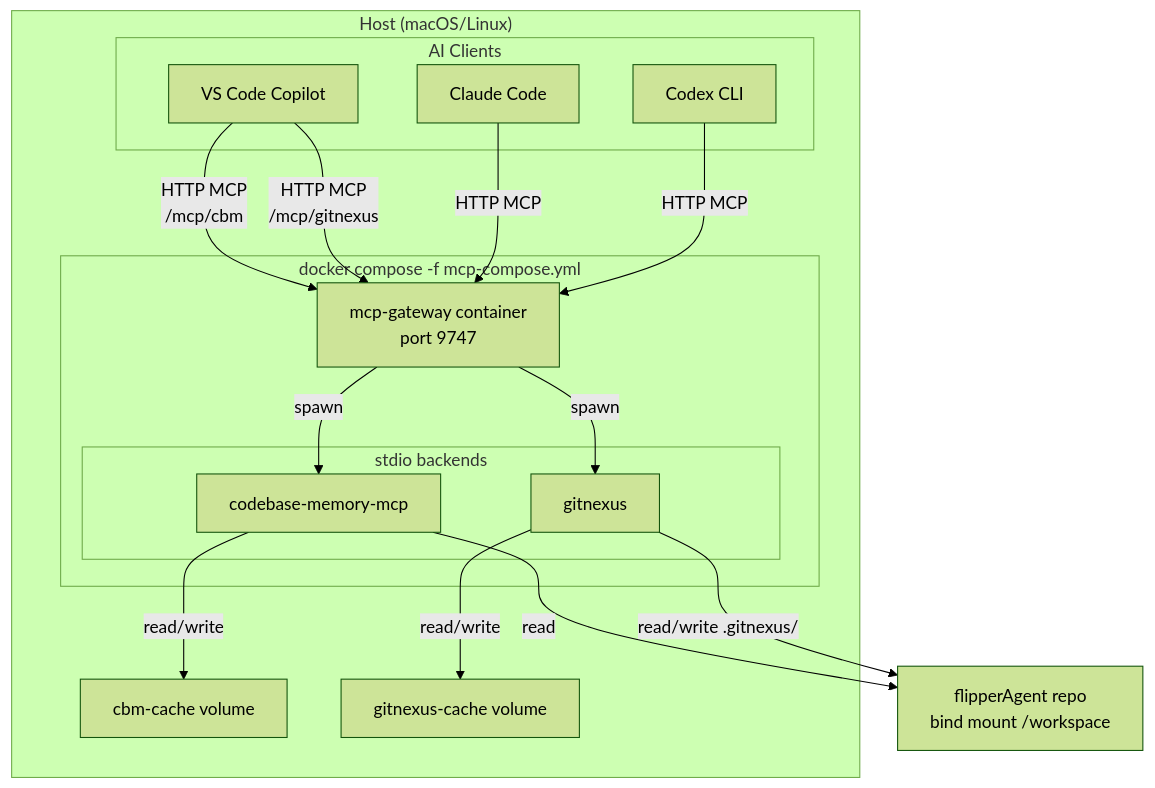
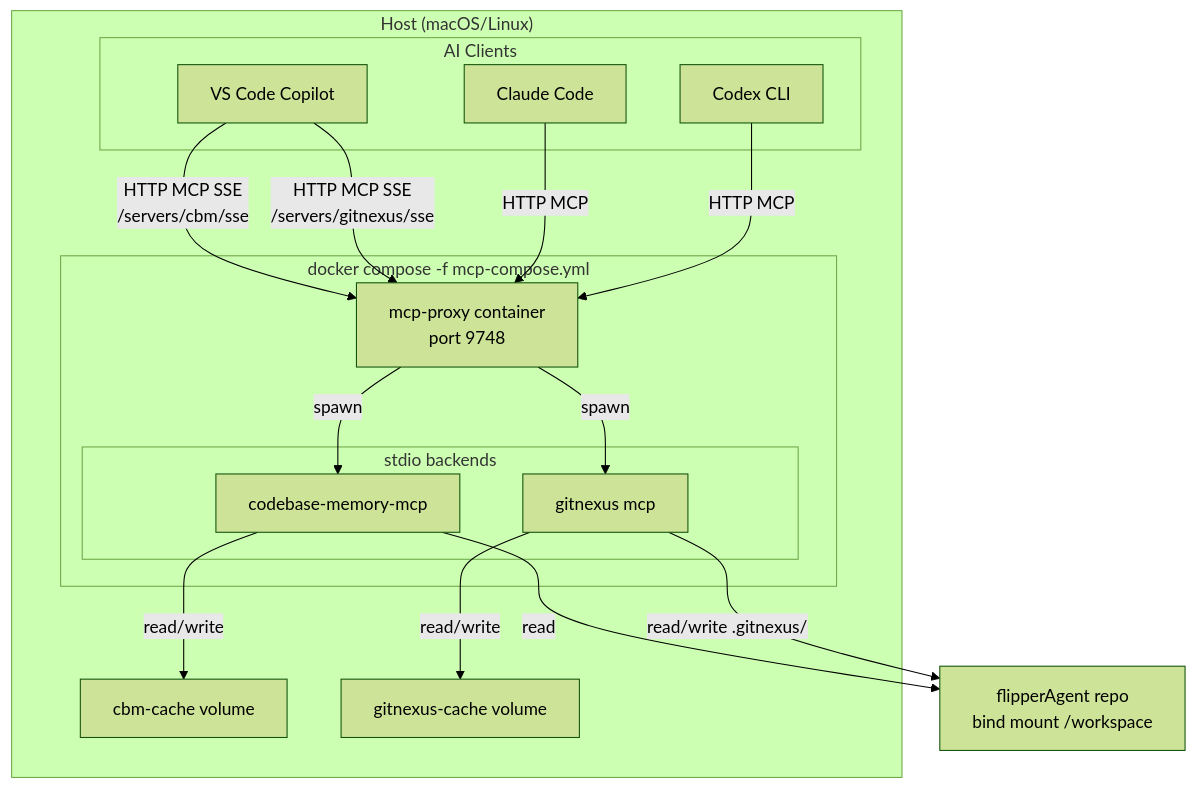
Before and after one commit to transparentCode/flipperAgent: the diagram in mcp/README.md, drawn with Mermaid (forest theme). The commit also changed other lines of this file and 30 other files, not shown here.

````diff
--- a/mcp/README.md
+++ b/mcp/README.md
@@ -7,37 +7,37 @@
 ```mermaid
 flowchart TB
     subgraph Host["Host (macOS/Linux)"]
         subgraph Clients["AI Clients"]
             VS["VS Code Copilot"]
             CC["Claude Code"]
             Codex["Codex CLI"]
         end
 
         subgraph Compose["docker compose -f mcp-compose.yml"]
-            GW["mcp-gateway container<br/>port 9747"]
+            Proxy["mcp-proxy container<br/>port 9748"]
 
             subgraph Backends["stdio backends"]
                 CBM["codebase-memory-mcp"]
-                GN["gitnexus"]
+                GN["gitnexus mcp"]
             end
         end
 
         Vol1["cbm-cache volume"]
         Vol2["gitnexus-cache volume"]
     end
 
     Repo["flipperAgent repo<br/>bind mount /workspace"]
 
-    VS -->|HTTP MCP<br/>/mcp/cbm| GW
-    VS -->|HTTP MCP<br/>/mcp/gitnexus| GW
-    CC -->|HTTP MCP| GW
-    Codex -->|HTTP MCP| GW
+    VS -->|HTTP MCP SSE<br/>/servers/cbm/sse| Proxy
+    VS -->|HTTP MCP SSE<br/>/servers/gitnexus/sse| Proxy
+    CC -->|HTTP MCP| Proxy
+    Codex -->|HTTP MCP| Proxy
 
-    GW -->|spawn| CBM
-    GW -->|spawn| GN
+    Proxy -->|spawn| CBM
+    Proxy -->|spawn| GN
 
     CBM -->|read/write| Vol1
     GN -->|read/write| Vol2
     CBM -->|read| Repo
     GN -->|read/write .gitnexus/| Repo
 ```
````
